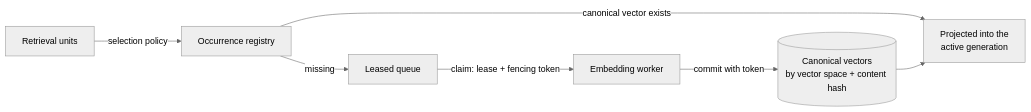
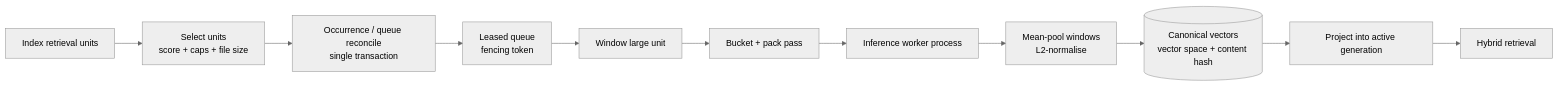
One commit to aman-5/attic changed the sixth of 7 diagrams in docs/ARCHITECTURE.md. Above: the diagram before and after it, drawn with Mermaid (neutral theme). The commit also changed other lines of this file and 9 other files, not shown here.

````diff
--- a/docs/ARCHITECTURE.md
+++ b/docs/ARCHITECTURE.md
@@ -612,9 +606,13 @@
 ```mermaid
 flowchart LR
-    U[Retrieval units] -->|selection policy| O[Occurrence registry]
-    O -->|canonical vector exists| P[Projected into the<br/>active generation]
-    O -->|missing| Q[Leased queue]
-    Q -->|claim: lease + fencing token| W[Embedding worker]
-    W -->|commit with token| V[(Canonical vectors<br/>by vector space + content hash)]
-    V --> P
+    U[Index retrieval units] --> S[Select units<br/>score + caps + file size]
+    S --> O[Occurrence / queue reconcile<br/>single transaction]
+    O --> Q[Leased queue<br/>fencing token]
+    Q --> W[Window large unit]
+    W --> B[Bucket + pack pass]
+    B --> P[Inference worker process]
+    P --> N[Mean-pool windows<br/>L2-normalise]
+    N --> V[(Canonical vectors<br/>vector space + content hash)]
+    V --> G[Project into active generation]
+    G --> H[Hybrid retrieval]
 ```
````
